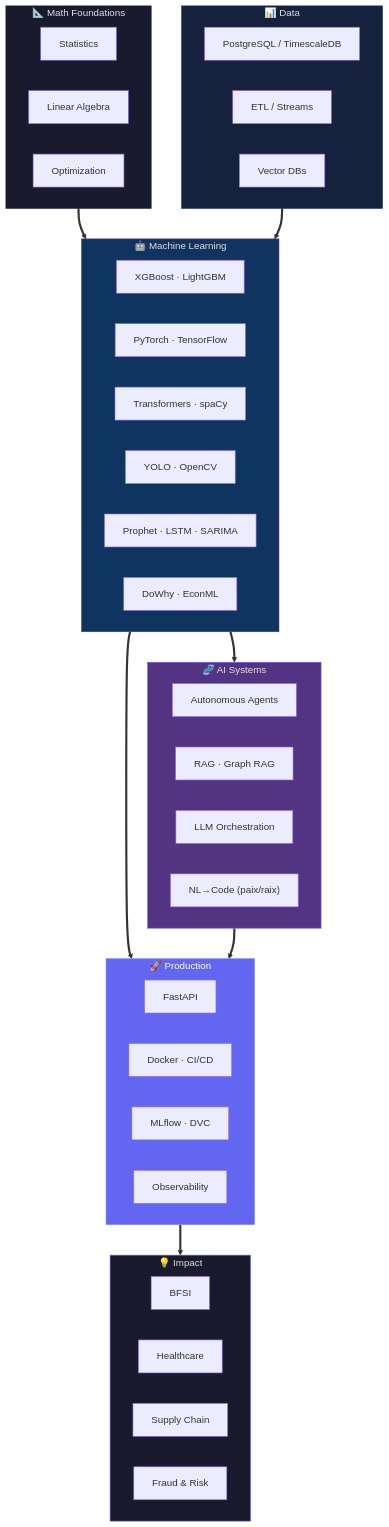
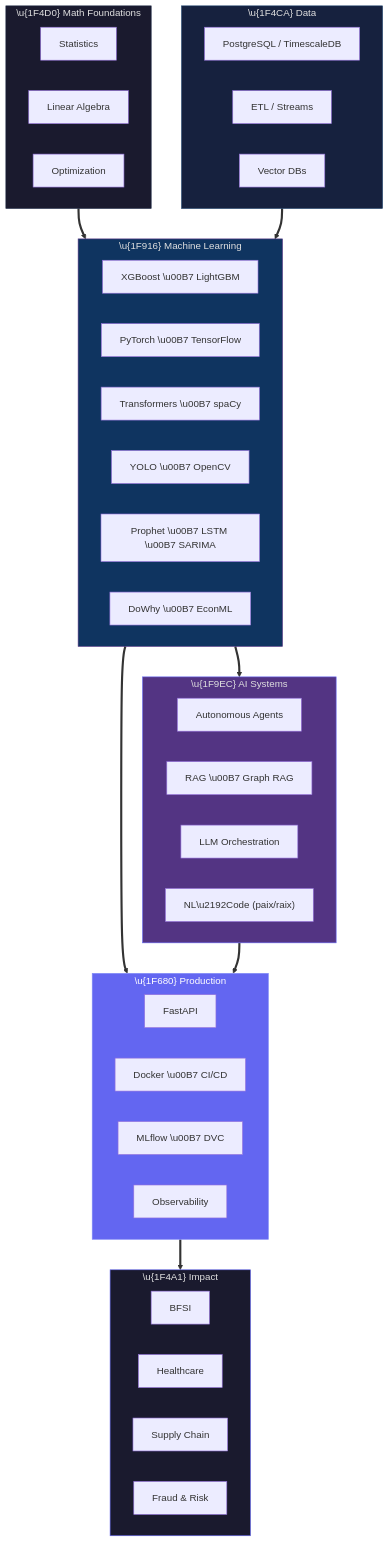
Before and after one commit to twomathematicians-code/twomathematicians-code: the second of 2 diagrams in README.md, drawn with Mermaid. The commit also changed other lines of this file and 60 other files, not shown here.

````diff
--- a/README.md
+++ b/README.md
@@ -105,58 +298,58 @@
 ```mermaid
 flowchart TB
-    subgraph FOUND["📐 Math Foundations"]
+    subgraph FOUND["\u{1F4D0} Math Foundations"]
         STAT["Statistics"]
         LA["Linear Algebra"]
         OPT["Optimization"]
     end
 
-    subgraph DATA["📊 Data"]
+    subgraph DATA["\u{1F4CA} Data"]
         SQL["PostgreSQL / TimescaleDB"]
         PIPES["ETL / Streams"]
         VECTOR["Vector DBs"]
     end
 
-    subgraph ML["🤖 Machine Learning"]
-        CLASSIC["XGBoost · LightGBM"]
-        DL["PyTorch · TensorFlow"]
-        NLP["Transformers · spaCy"]
-        CV["YOLO · OpenCV"]
-        TS["Prophet · LSTM · SARIMA"]
-        CAUSAL["DoWhy · EconML"]
+    subgraph ML["\u{1F916} Machine Learning"]
+        CLASSIC["XGBoost \u00B7 LightGBM"]
+        DL["PyTorch \u00B7 TensorFlow"]
+        NLP["Transformers \u00B7 spaCy"]
+        CV["YOLO \u00B7 OpenCV"]
+        TS["Prophet \u00B7 LSTM \u00B7 SARIMA"]
+        CAUSAL["DoWhy \u00B7 EconML"]
     end
 
-    subgraph AI["🧬 AI Systems"]
+    subgraph AI["\u{1F9EC} AI Systems"]
         AGENT["Autonomous Agents"]
-        RAG["RAG · Graph RAG"]
+        RAG["RAG \u00B7 Graph RAG"]
         LLM["LLM Orchestration"]
-        CODEGEN["NL→Code (paix/raix)"]
+        CODEGEN["NL\u2192Code (paix/raix)"]
     end
 
-    subgraph PROD["🚀 Production"]
+    subgraph PROD["\u{1F680} Production"]
         API["FastAPI"]
-        CICD["Docker · CI/CD"]
-        MLOPS["MLflow · DVC"]
+        CICD["Docker \u00B7 CI/CD"]
+        MLOPS["MLflow \u00B7 DVC"]
         MONITOR["Observability"]
     end
 
-    subgraph IMPACT["💡 Impact"]
+    subgraph IMPACT["\u{1F4A1} Impact"]
         FSI["BFSI"]
         HEALTH["Healthcare"]
         SUPPLY["Supply Chain"]
         RISK["Fraud & Risk"]
     end
 
     FOUND ==> ML
     DATA ==> ML
     ML ==> AI
     ML ==> PROD
     AI ==> PROD
     PROD ==> IMPACT
 
     style FOUND fill:#1a1a2e,stroke:#16213e,color:#e0e0e0
     style DATA fill:#16213e,stroke:#0f3460,color:#e0e0e0
     style ML fill:#0f3460,stroke:#533483,color:#e0e0e0
-    style AI fill:#533483,stroke:#6366F1,color:#e0e0e0
-    style PROD fill:#6366F1,stroke:#818cf8,color:#fff
-    style IMPACT fill:#1a1a2e,stroke:#6366F1,color:#e0e0e0
+    style AI fill:#533483,stroke:#6366f1,color:#e0e0e0
+    style PROD fill:#6366f1,stroke:#818cf8,color:#fff
+    style IMPACT fill:#1a1a2e,stroke:#6366f1,color:#e0e0e0
 ```
````
